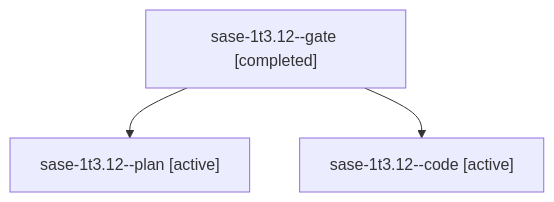
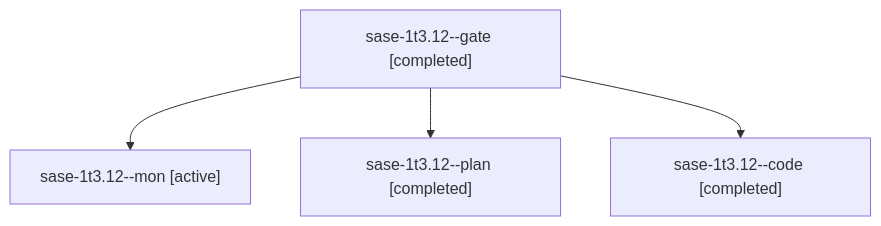
One commit to sase-org/sase--agents changed the diagram in sessions/bbugyi200.athena.sase-1t3.12.md. Above: the diagram before and after it, drawn with Mermaid. The commit also changed other lines of this file and 72 other files, not shown here.

````diff
--- a/sessions/bbugyi200.athena.sase-1t3.12.md
+++ b/sessions/bbugyi200.athena.sase-1t3.12.md
@@ -9,8 +9,10 @@
 ```mermaid
 flowchart TD
   n0["sase-1t3.12--gate [completed]"]
-  n1["sase-1t3.12--plan [active]"]
+  n1["sase-1t3.12--mon [active]"]
   n0 --> n1
-  n2["sase-1t3.12--code [active]"]
+  n2["sase-1t3.12--plan [completed]"]
   n0 --> n2
+  n3["sase-1t3.12--code [completed]"]
+  n0 --> n3
 ```
````
